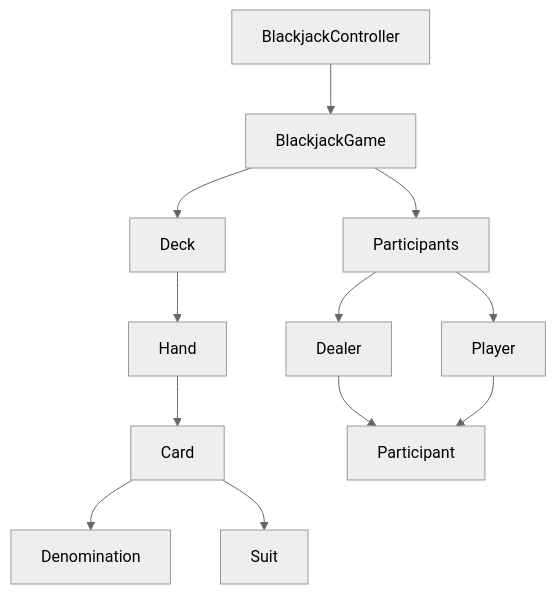
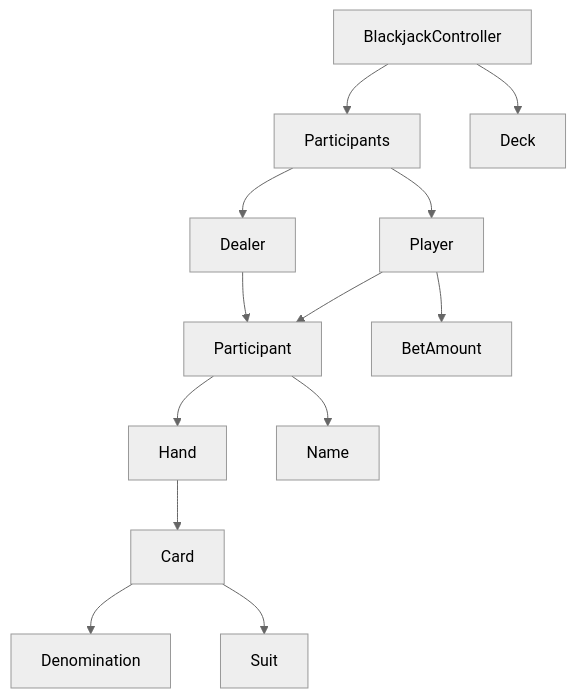
The diagram in docs/README.md (woowacourse/java-blackjack), drawn with Mermaid (neutral theme) before and after one commit. The commit also changed other lines of this file and 25 other files, not shown here.

````diff
--- a/docs/README.md
+++ b/docs/README.md
@@ -44,20 +50,22 @@
 ```mermaid
 graph TD
 
-    BlackjackController --> BlackjackGame
-    
-    BlackjackGame --> Participants
-    BlackjackGame --> Deck
-
-    Deck --> Hand
-    Hand --> Card
+    BlackjackController --> Participants
+    BlackjackController --> Deck
+   
     Card --> Denomination
     Card --> Suit
 
     Participants --> Player
     Participants --> Dealer
 
     Dealer --> Participant
     Player --> Participant
+    Player --> BetAmount
+    
+    Hand --> Card
+    
+    Participant --> Hand
+    Participant --> Name
     
 ```
````
